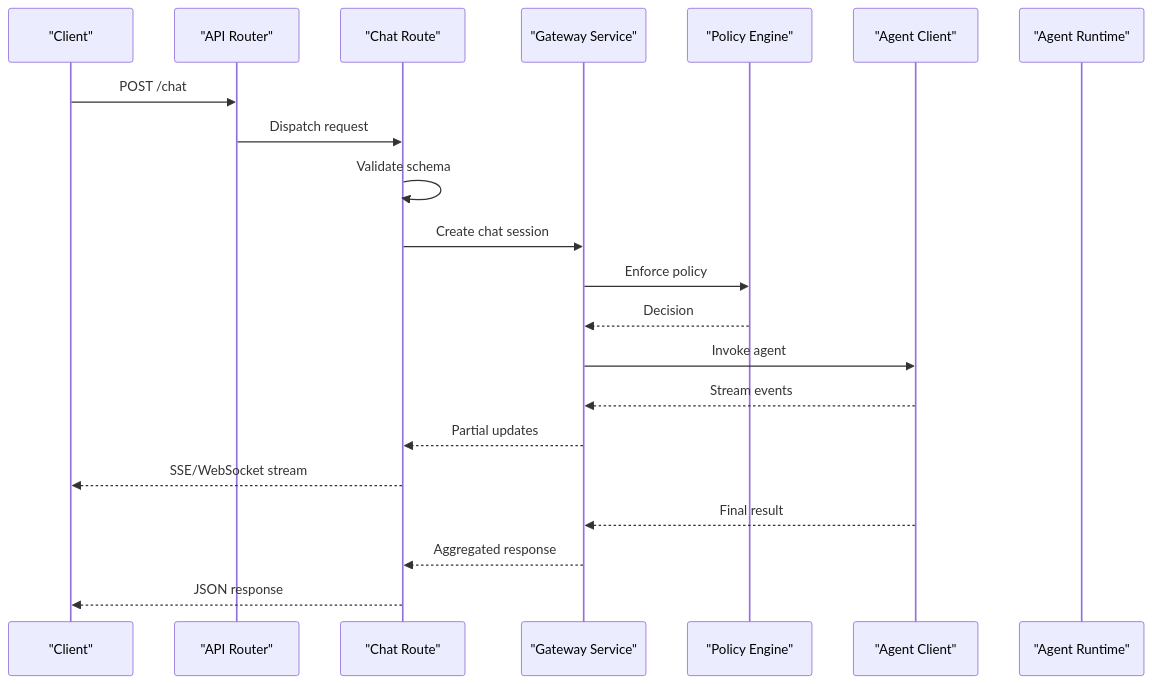
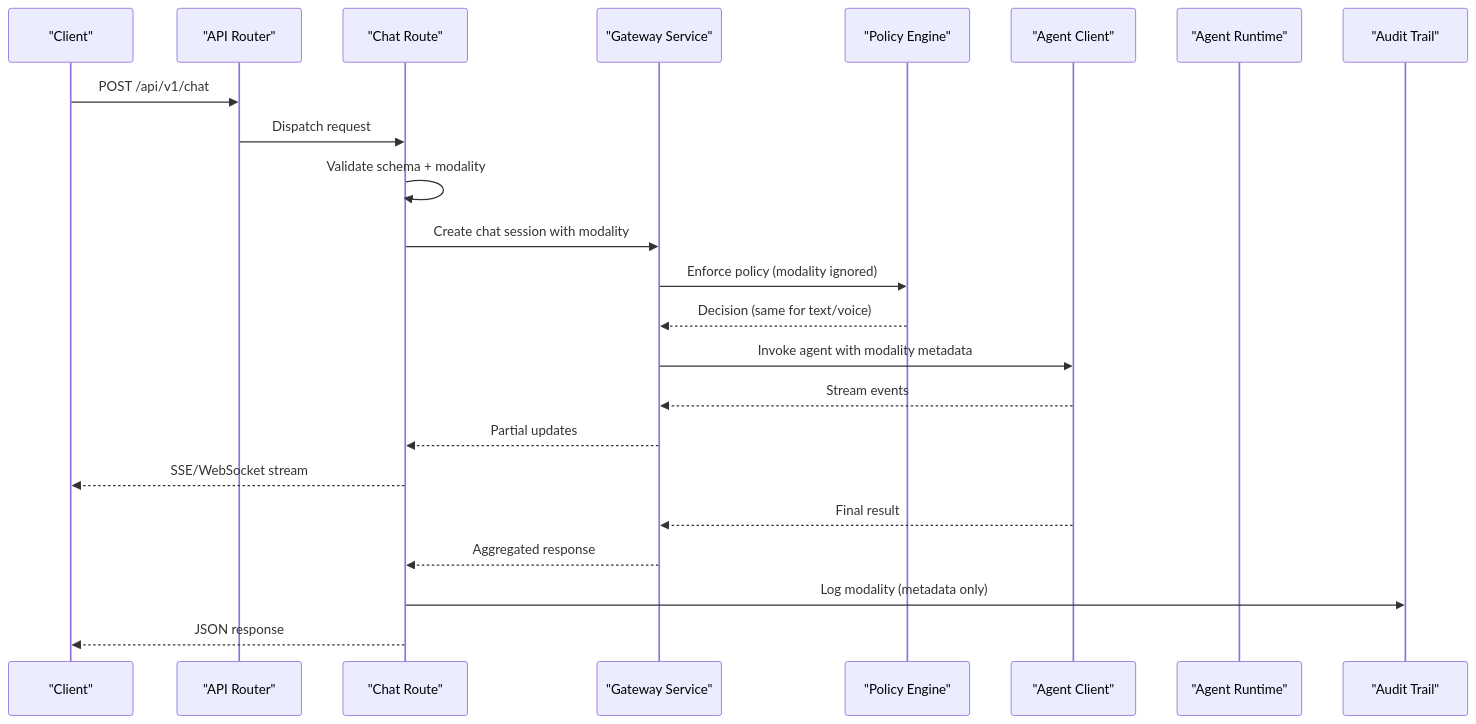
Before and after one commit to metasync/luban-aiops: the second of 3 diagrams in .qoder/repowiki/en/content/Tool Gateway Service/API Endpoints and Authentication/Chat API.md, drawn with Mermaid. The commit also changed other lines of this file and 43 other files, not shown here.

````diff
--- a/.qoder/repowiki/en/content/Tool Gateway Service/API Endpoints and Authentication/Chat API.md
+++ b/.qoder/repowiki/en/content/Tool Gateway Service/API Endpoints and Authentication/Chat API.md
@@ -89,23 +93,25 @@
 ```mermaid
 sequenceDiagram
 participant Client as "Client"
 participant Router as "API Router"
 participant ChatRoute as "Chat Route"
 participant Gateway as "Gateway Service"
 participant Policy as "Policy Engine"
 participant Agent as "Agent Client"
 participant Runtime as "Agent Runtime"
-Client->>Router : POST /chat
+participant Audit as "Audit Trail"
+Client->>Router : POST /api/v1/chat
 Router->>ChatRoute : Dispatch request
-ChatRoute->>ChatRoute : Validate schema
-ChatRoute->>Gateway : Create chat session
-Gateway->>Policy : Enforce policy
-Policy-->>Gateway : Decision
-Gateway->>Agent : Invoke agent
+ChatRoute->>ChatRoute : Validate schema + modality
+ChatRoute->>Gateway : Create chat session with modality
+Gateway->>Policy : Enforce policy (modality ignored)
+Policy-->>Gateway : Decision (same for text/voice)
+Gateway->>Agent : Invoke agent with modality metadata
 Agent-->>Gateway : Stream events
 Gateway-->>ChatRoute : Partial updates
 ChatRoute-->>Client : SSE/WebSocket stream
 Agent-->>Gateway : Final result
 Gateway-->>ChatRoute : Aggregated response
+ChatRoute->>Audit : Log modality (metadata only)
 ChatRoute-->>Client : JSON response
 ```
````
